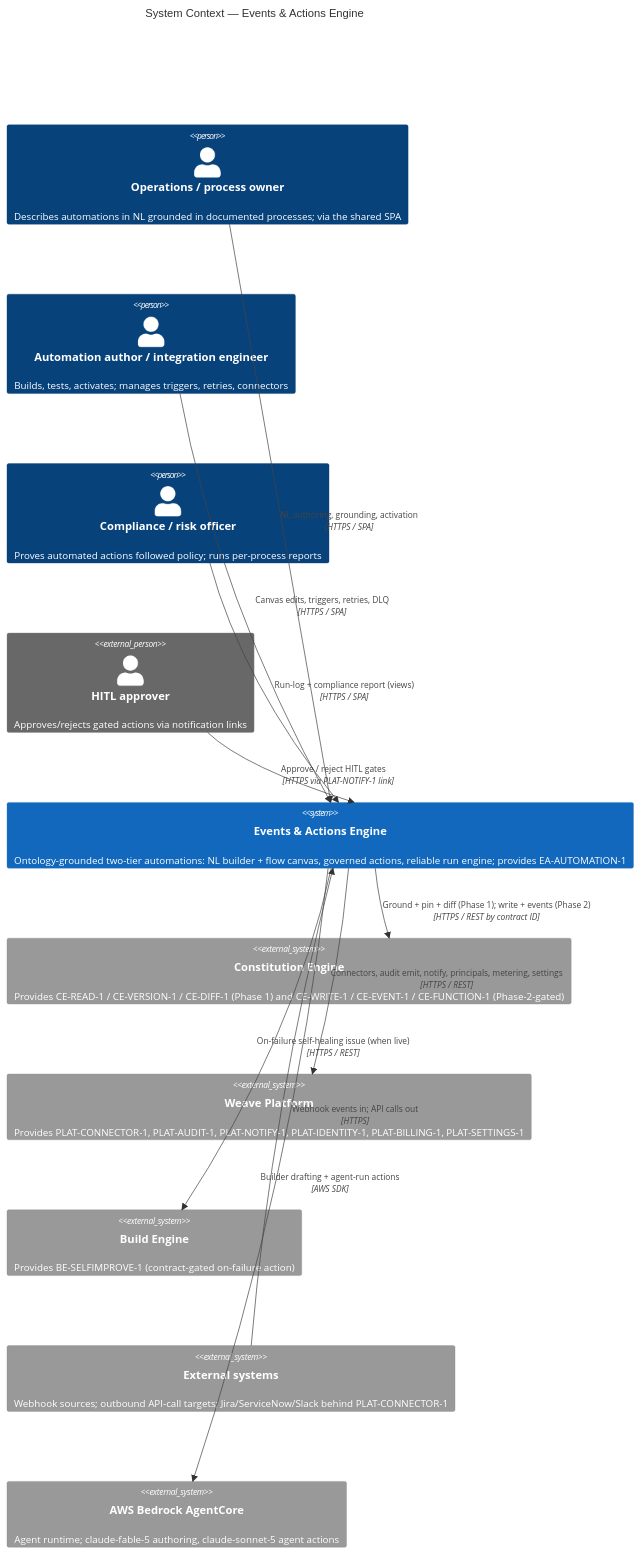
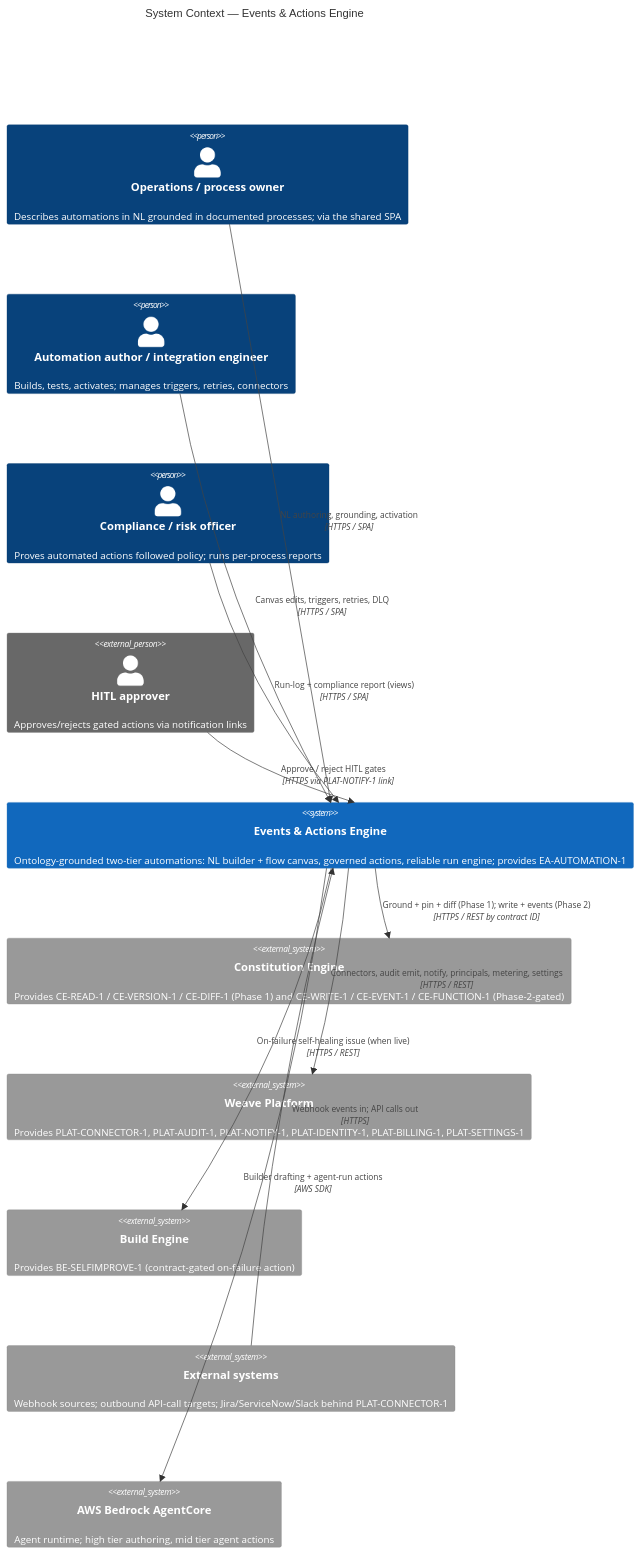
Before and after one commit to gazzwi86/weave: the first of 3 diagrams in docs/specs/weave/engines/events-actions-engine/tech-spec/architecture.md, drawn with Mermaid. The commit also changed other lines of this file and 42 other files, not shown here.

First line of the commit message:
chore(harness): retire fable, route high-tier to opus, tier-language cleanup

````diff
--- a/docs/specs/weave/engines/events-actions-engine/tech-spec/architecture.md
+++ b/docs/specs/weave/engines/events-actions-engine/tech-spec/architecture.md
@@ -49,27 +49,27 @@
 ```mermaid
 C4Context
     title System Context — Events & Actions Engine
 
     Person(ops, "Operations / process owner", "Describes automations in NL grounded in documented processes; via the shared SPA")
     Person(author, "Automation author / integration engineer", "Builds, tests, activates; manages triggers, retries, connectors")
     Person(compliance, "Compliance / risk officer", "Proves automated actions followed policy; runs per-process reports")
     Person_Ext(approver, "HITL approver", "Approves/rejects gated actions via notification links")
 
     System(ea, "Events & Actions Engine", "Ontology-grounded two-tier automations: NL builder + flow canvas, governed actions, reliable run engine; provides EA-AUTOMATION-1")
 
     System_Ext(ce, "Constitution Engine", "Provides CE-READ-1 / CE-VERSION-1 / CE-DIFF-1 (Phase 1) and CE-WRITE-1 / CE-EVENT-1 / CE-FUNCTION-1 (Phase-2-gated)")
     System_Ext(platform, "Weave Platform", "Provides PLAT-CONNECTOR-1, PLAT-AUDIT-1, PLAT-NOTIFY-1, PLAT-IDENTITY-1, PLAT-BILLING-1, PLAT-SETTINGS-1")
     System_Ext(build, "Build Engine", "Provides BE-SELFIMPROVE-1 (contract-gated on-failure action)")
     System_Ext(external, "External systems", "Webhook sources; outbound API-call targets; Jira/ServiceNow/Slack behind PLAT-CONNECTOR-1")
-    System_Ext(bedrock, "AWS Bedrock AgentCore", "Agent runtime; claude-fable-5 authoring, claude-sonnet-5 agent actions")
+    System_Ext(bedrock, "AWS Bedrock AgentCore", "Agent runtime; high tier authoring, mid tier agent actions")
 
     Rel(ops, ea, "NL authoring, grounding, activation", "HTTPS / SPA")
     Rel(author, ea, "Canvas edits, triggers, retries, DLQ", "HTTPS / SPA")
     Rel(compliance, ea, "Run-log + compliance report (views)", "HTTPS / SPA")
     Rel(approver, ea, "Approve / reject HITL gates", "HTTPS via PLAT-NOTIFY-1 link")
     Rel(ea, ce, "Ground + pin + diff (Phase 1); write + events (Phase 2)", "HTTPS / REST by contract ID")
     Rel(ea, platform, "Connectors, audit emit, notify, principals, metering, settings", "HTTPS / REST")
     Rel(ea, build, "On-failure self-healing issue (when live)", "HTTPS / REST")
     Rel(external, ea, "Webhook events in; API calls out", "HTTPS")
     Rel(ea, bedrock, "Builder drafting + agent-run actions", "AWS SDK")
 ```
````
